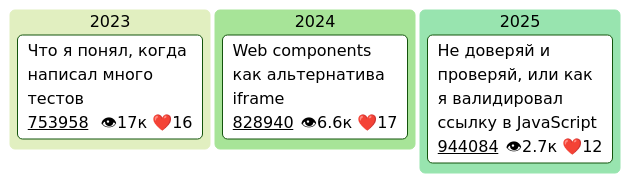
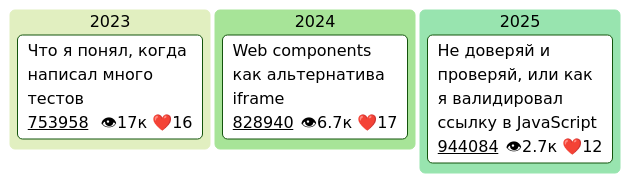
The fourth of 4 diagrams in README.md (Goodzonchik/Goodzonchik), drawn with Mermaid (forest theme) before and after one commit.

````diff
--- a/README.md
+++ b/README.md
@@ -50,24 +50,24 @@
 ```mermaid
 ---
 config:
   kanban:
     ticketBaseUrl: 'https://habr.com/ru/companies/tbank/articles/#TICKET#'
 
 ---
 kanban
   2023
     card1["Что я понял, когда написал много тестов"]@{
       ticket: 753958
       assigned: 👁17к ❤️16
     }
   2024
     card2["Web components как альтернатива iframe"]@{
       ticket: 828940
-      assigned: 👁6.6к ❤️17
+      assigned: 👁6.7к ❤️17
     }
   2025
     card3["Не доверяй и проверяй, или как я валидировал ссылку в JavaScript"]@{
       ticket: 944084
       assigned: 👁2.7к ❤️12
     }
 ```
````
